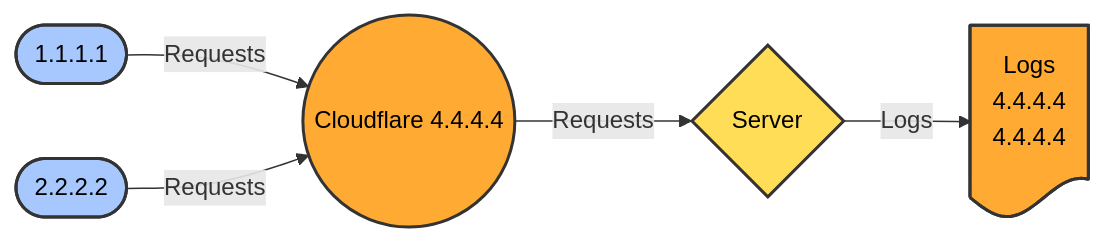
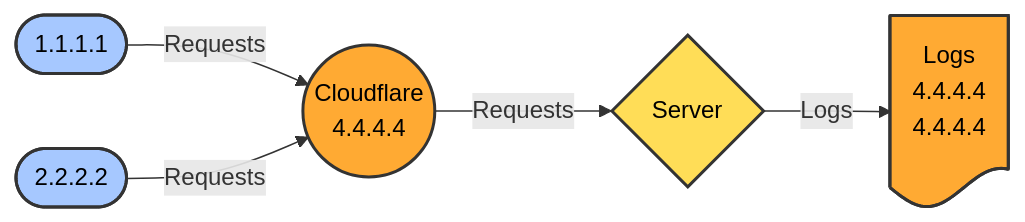
One commit to dinhngocdung/easyengine-notes changed the second of 4 diagrams in content/notes/cloudflare.vi.md. Above: the diagram before and after it, drawn with Mermaid. The commit also changed 1 other file, not shown here.

Commit message:
update cloudflare graph

````diff
--- a/content/notes/cloudflare.vi.md
+++ b/content/notes/cloudflare.vi.md
@@ -56,13 +56,13 @@
 ```mermaid
 graph LR
-  B1([1.1.1.1]) -->|Requests| CF1(("Cloudflare 4.4.4.4"))
+  B1([1.1.1.1]) -->|Requests| CF1(("Cloudflare\n4.4.4.4"))
   B2([2.2.2.2]) -->|Requests| CF1
   CF1 -->|Requests| S2{Server}
   S2 -->|Logs| L2@{ shape: doc, label: "Logs\n4.4.4.4\n4.4.4.4" }
 
   style B1 fill:#A6C8FF,stroke:#333,stroke-width:2px,color:#000  
   style B2 fill:#A6C8FF,stroke:#333,stroke-width:2px,color:#000  
   style CF1 fill:#FFAA33,stroke:#333,stroke-width:2px,color:#000  
   style S2 fill:#FFDD57,stroke:#333,stroke-width:2px,color:#000  
   style L2 fill:#FFAA33,stroke:#333,stroke-width:2px,color:#000  
 ```
````
